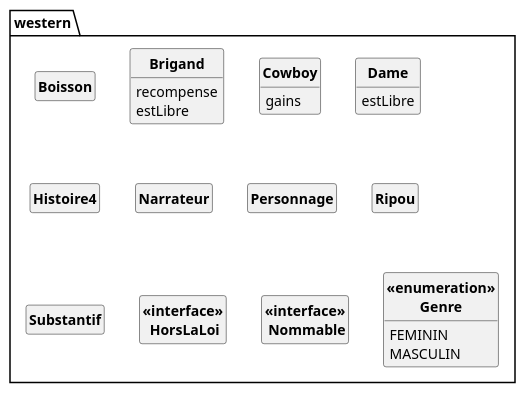
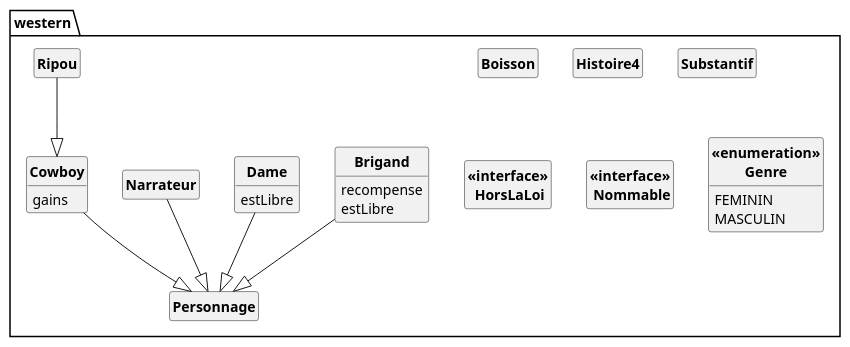
One commit to Lykomonix/API-JAVAtoPUML changed the diagram in javadoc.puml. Above: the diagram before and after it, drawn with PlantUML. The commit also changed 4 other files, not shown here.

```diff
--- a/javadoc.puml
+++ b/javadoc.puml
@@ -1,59 +1,64 @@
 @startuml
 
 skinparam style strictuml
 skinparam classAttributeIconSize 0
 skinparam classFontStyle Bold
 hide empty members
 
 Package "western" {
 class Boisson
 {
 }
 
 class Brigand
 {
 recompense
 estLibre
 }
+Brigand --|> Personnage
 
 class Cowboy
 {
 gains
 }
+Cowboy --|> Personnage
 
 class Dame
 {
 estLibre
 }
+Dame --|> Personnage
 
 class Histoire4
 {
 }
 
 class Narrateur
 {
 }
+Narrateur --|> Personnage
 
 class Personnage
 {
 }
 
 class Ripou
 {
 }
+Ripou --|> Cowboy
 
 class Substantif
 {
 }
 
 class "<<interface>>\n HorsLaLoi"
 class "<<interface>>\n Nommable"
 class "<<enumeration>>\nGenre"
 {
 FEMININ
 MASCULIN
 }
 
 }
 
 @enduml
```
